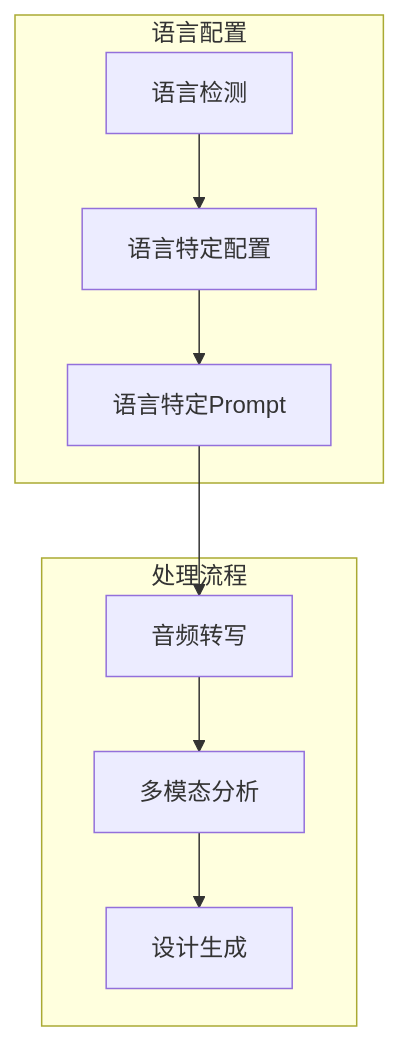
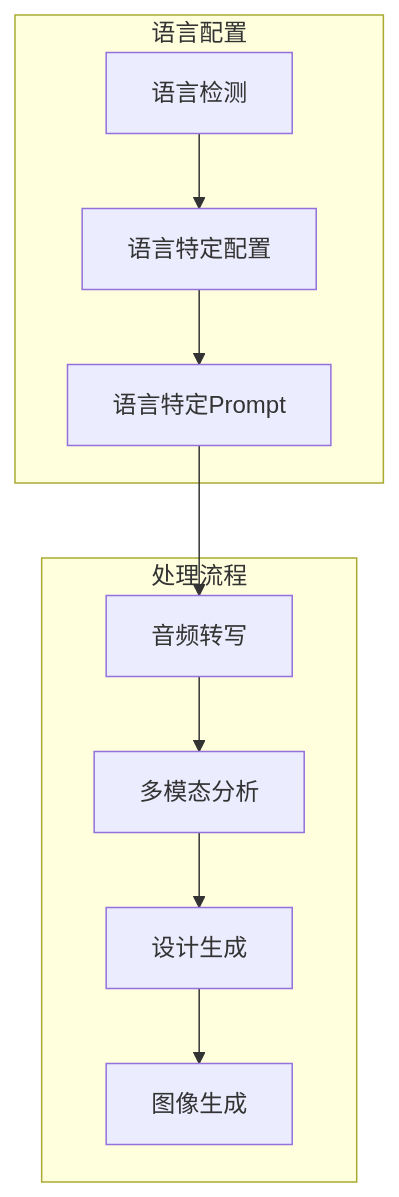
Before and after one commit to WongMingJiu/landingpage-test-hero-page: the tenth of 11 diagrams in .qoder/repowiki/zh/content/配置和定制/配置和定制.md, drawn with Mermaid. The commit also changed other lines of this file and 6 other files, not shown here.

First line of the commit message:
feat: 品牌logo固定素材 + 双参考图生图 + 输出平铺结构

````diff
--- a/.qoder/repowiki/zh/content/配置和定制/配置和定制.md
+++ b/.qoder/repowiki/zh/content/配置和定制/配置和定制.md
@@ -427,18 +529,20 @@
 ```mermaid
 graph TB
 subgraph "语言配置"
 LangDetect[语言检测]
 LangConfig[语言特定配置]
 LangPrompt[语言特定Prompt]
 end
 subgraph "处理流程"
 Transcribe[音频转写]
 Analyze[多模态分析]
 Generate[设计生成]
+GenerateImage[图像生成]
 end
 LangDetect --> LangConfig
 LangConfig --> LangPrompt
 LangPrompt --> Transcribe
 Transcribe --> Analyze
 Analyze --> Generate
+Generate --> GenerateImage
 ```
````
